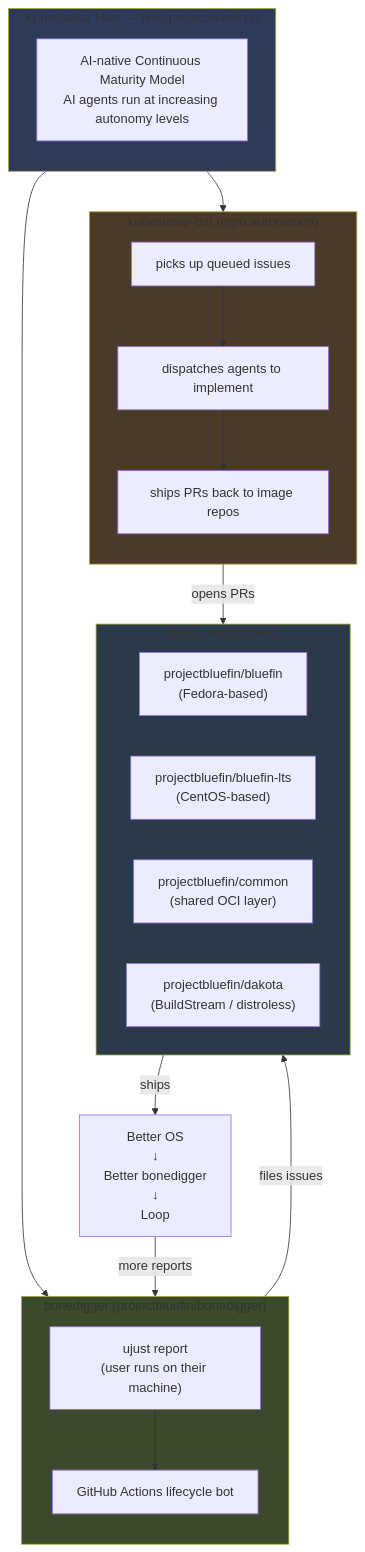
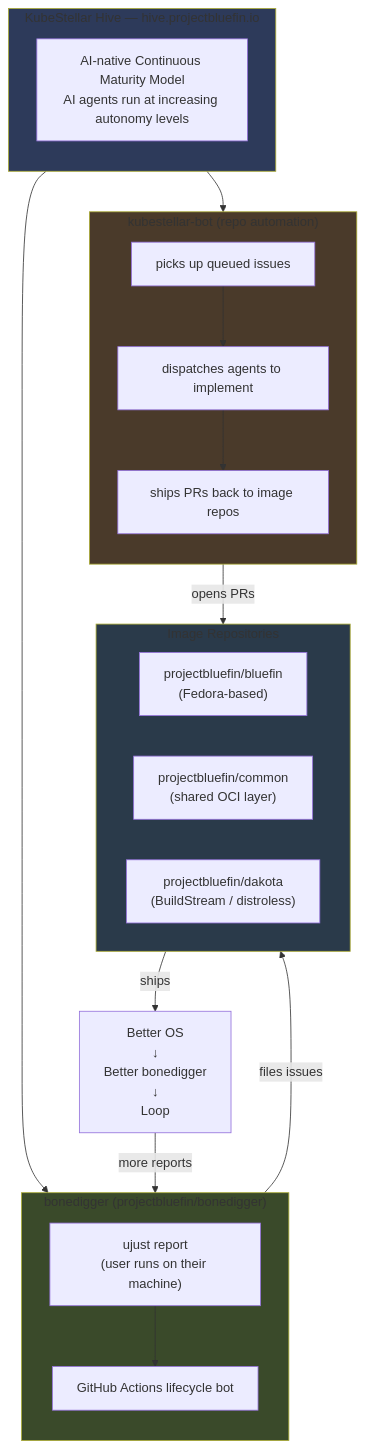
The first of 5 diagrams in docs/agentic-contributing.md (projectbluefin/documentation), drawn with Mermaid before and after one commit. The commit also changed other lines of this file and 129 other files, not shown here.

First line of the commit message:
feat(docs): remove Bluefin LTS and GDX from the site

````diff
--- a/docs/agentic-contributing.md
+++ b/docs/agentic-contributing.md
@@ -55,44 +55,43 @@
 ```mermaid
 flowchart TB
     subgraph hive["KubeStellar Hive — hive.projectbluefin.io"]
         direction TB
         acmm["AI-native Continuous Maturity Model\nAI agents run at increasing autonomy levels"]
     end
 
     hive --> bonedigger
     hive --> kubestellar_bot
 
     subgraph bonedigger["bonedigger (projectbluefin/bonedigger)"]
         direction TB
         ujust["ujust report\n(user runs on their machine)"]
         bot["GitHub Actions lifecycle bot"]
         ujust --> bot
     end
 
     subgraph kubestellar_bot["kubestellar-bot (repo automation)"]
         direction TB
         picks["picks up queued issues"]
         dispatches["dispatches agents to implement"]
         ships["ships PRs back to image repos"]
         picks --> dispatches --> ships
     end
 
     bonedigger -->|files issues| image_repos
     kubestellar_bot -->|opens PRs| image_repos
 
     subgraph image_repos["Image Repositories"]
         direction LR
         bluefin["projectbluefin/bluefin\n(Fedora-based)"]
-        lts["projectbluefin/bluefin-lts\n(CentOS-based)"]
         common["projectbluefin/common\n(shared OCI layer)"]
         dakota["projectbluefin/dakota\n(BuildStream / distroless)"]
     end
 
     image_repos -->|ships| loop["Better OS\n↓\nBetter bonedigger\n↓\nLoop"]
     loop -->|more reports| bonedigger
 
     style hive fill:#2d3a5a
     style bonedigger fill:#3a4a2a
     style kubestellar_bot fill:#4a3a2a
     style image_repos fill:#2a3a4a
 ```
````
